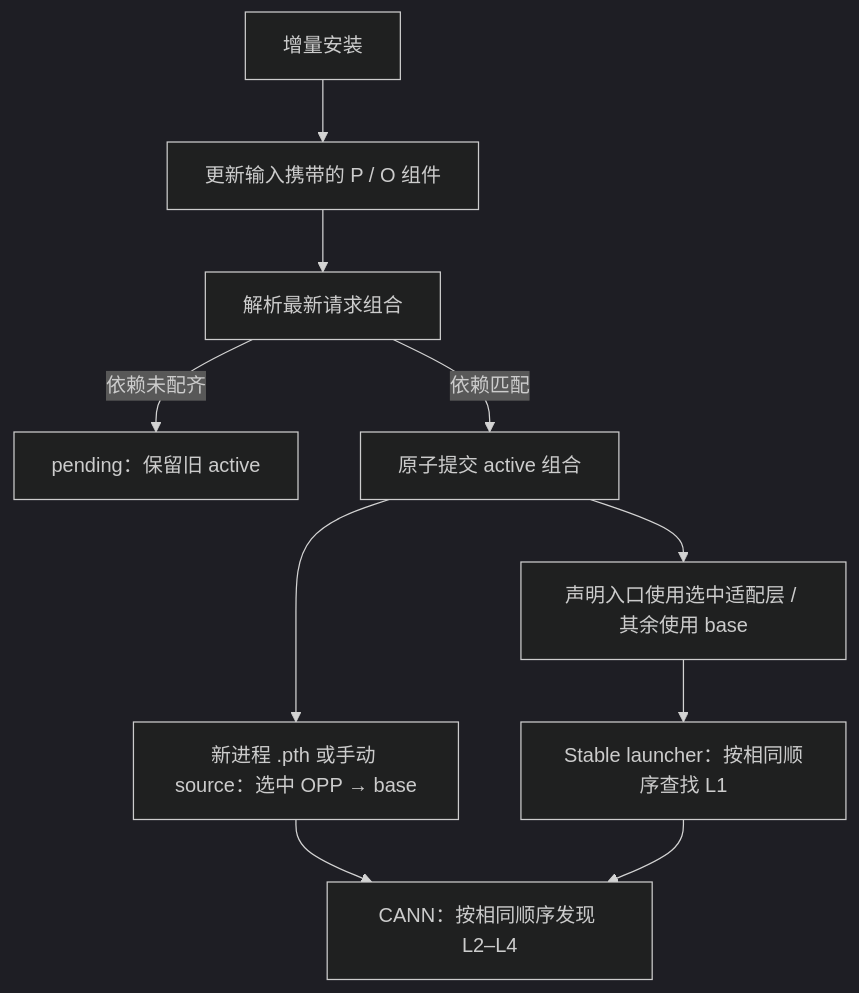
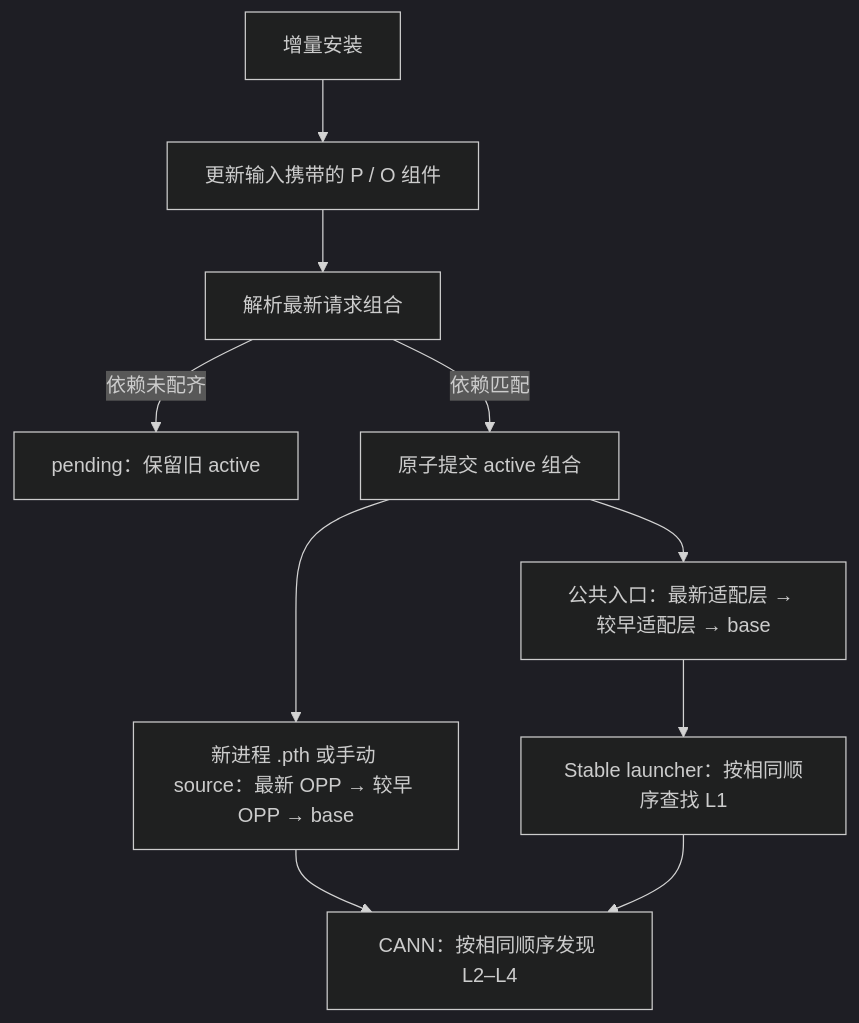
One commit to flashserve/flash-linear-attention-npu changed the diagram in docs/OPP叠加层增量设计.md. Above: the diagram before and after it, drawn with Mermaid (dark theme). The commit also changed other lines of this file and 9 other files, not shown here.

````diff
--- a/docs/OPP叠加层增量设计.md
+++ b/docs/OPP叠加层增量设计.md
@@ -49,12 +51,12 @@
 ```mermaid
 flowchart TD
     I[增量安装] --> P[更新输入携带的 P / O 组件]
     P --> R[解析最新请求组合]
     R -->|依赖未配齐| Q[pending：保留旧 active]
     R -->|依赖匹配| A[原子提交 active 组合]
-    A --> E[新进程 .pth 或手动 source：选中 OPP → base]
-    A --> W[声明入口使用选中适配层 / 其余使用 base]
+    A --> E[新进程 .pth 或手动 source：最新 OPP → 较早 OPP → base]
+    A --> W[公共入口：最新适配层 → 较早适配层 → base]
     E --> C[CANN：按相同顺序发现 L2–L4]
     W --> H[Stable launcher：按相同顺序查找 L1]
     H --> C
 ```
````
